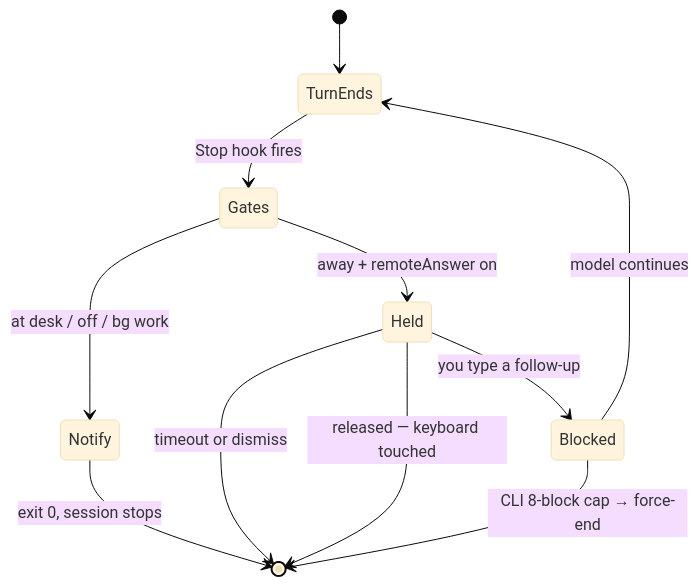
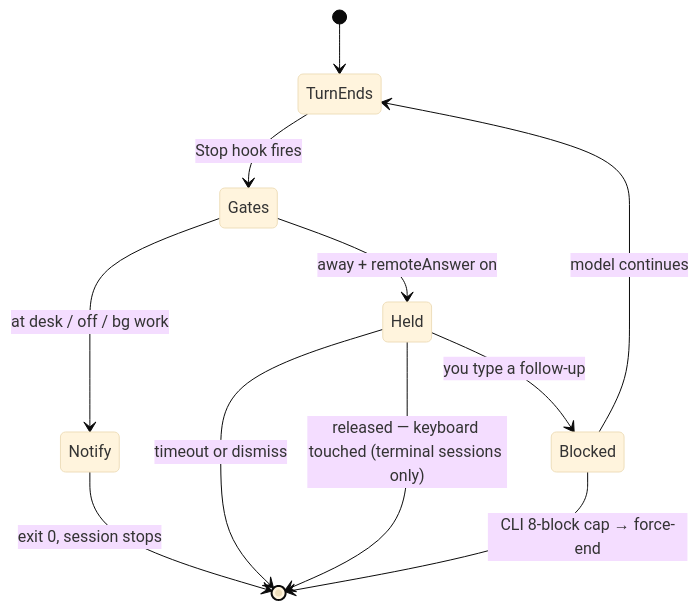
The diagram in docs/guides/learning/hooks/guide/stop-loop.md (futin/claude-agents-dashboard), drawn with Mermaid (base theme) before and after one commit. The commit also changed other lines of this file and 51 other files, not shown here.

````diff
--- a/docs/guides/learning/hooks/guide/stop-loop.md
+++ b/docs/guides/learning/hooks/guide/stop-loop.md
@@ -11,13 +11,13 @@
 ```mermaid
 stateDiagram-v2
     [*] --> TurnEnds
     TurnEnds --> Gates: Stop hook fires
     Gates --> Notify: at desk / off / bg work
     Notify --> [*]: exit 0, session stops
     Gates --> Held: away + remoteAnswer on
     Held --> Blocked: you type a follow-up
     Held --> [*]: timeout or dismiss
-    Held --> [*]: released — keyboard touched
+    Held --> [*]: released — keyboard touched (terminal sessions only)
     Blocked --> TurnEnds: model continues
     Blocked --> [*]: CLI 8-block cap → force-end
 ```
````
